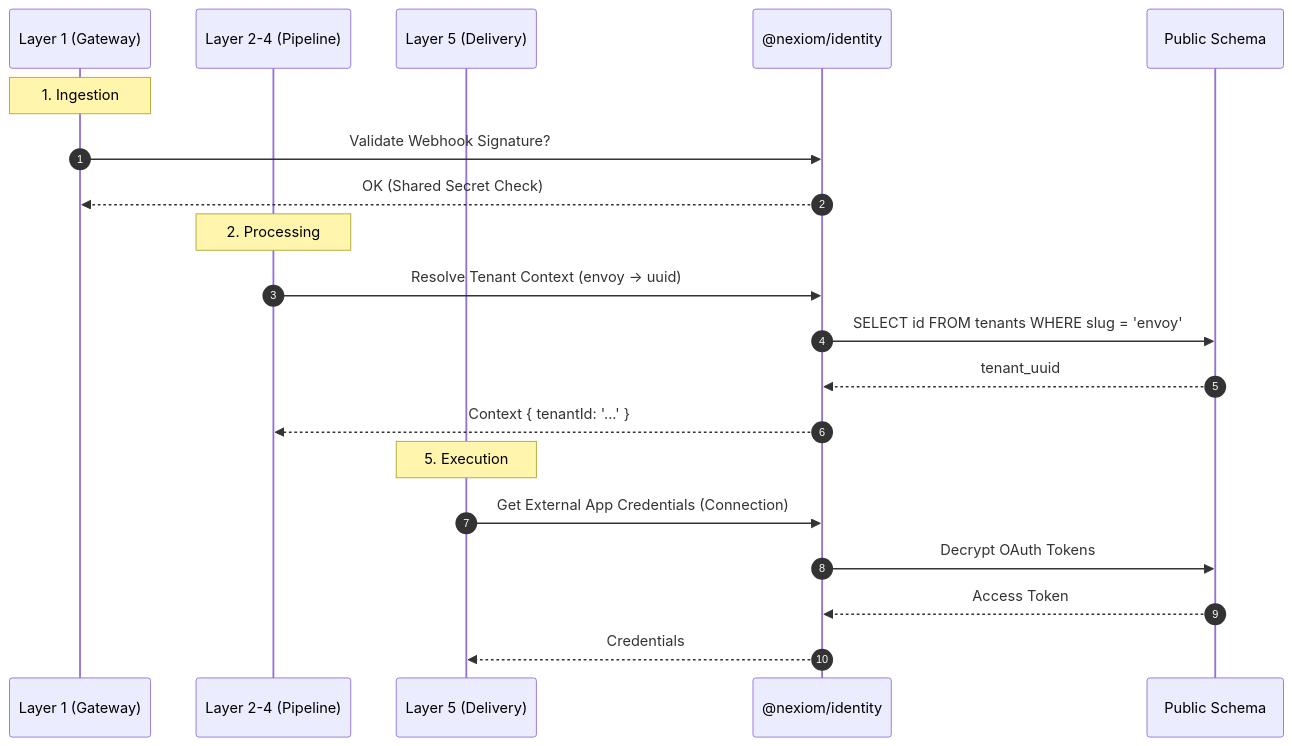
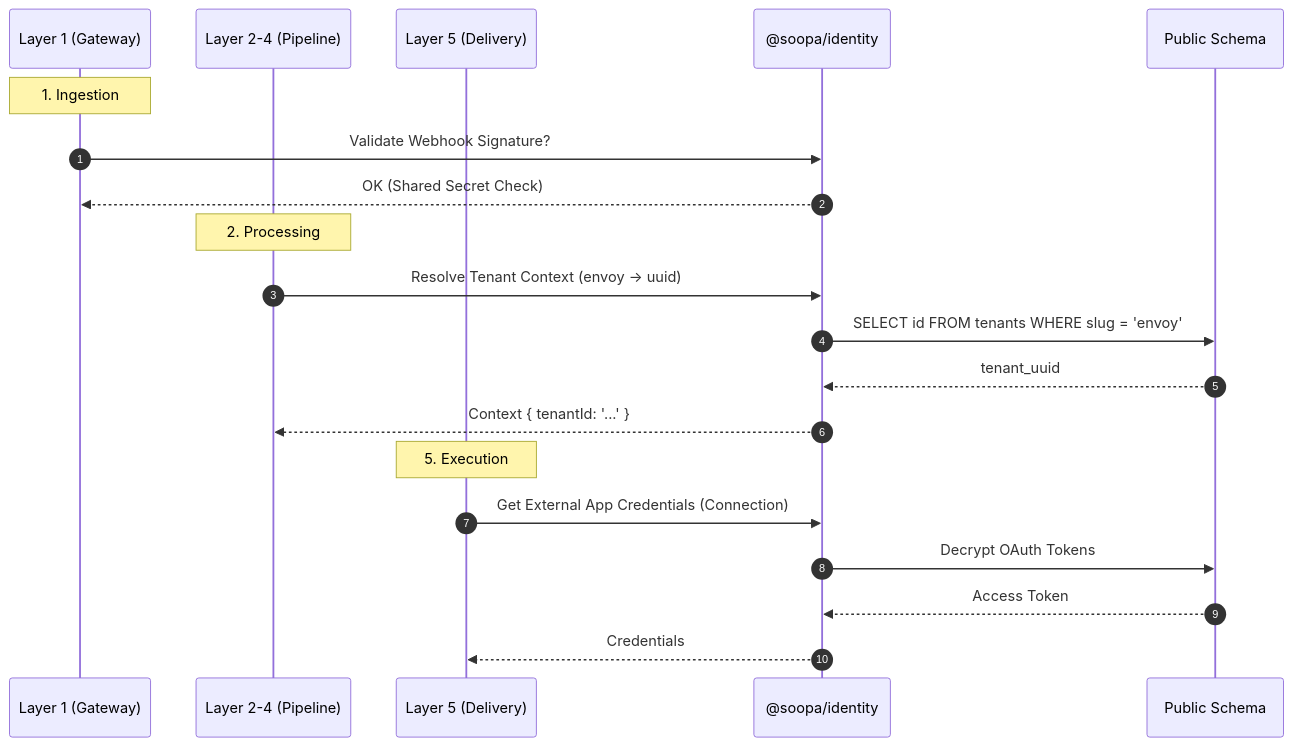
Before and after one commit to pramodnarayana/nexiom: the third of 4 diagrams in docs/draft/identity_module_design_doc.md, drawn with Mermaid. The commit also changed other lines of this file and 308 other files, not shown here.

````diff
--- a/docs/draft/identity_module_design_doc.md
+++ b/docs/draft/identity_module_design_doc.md
@@ -69,25 +69,25 @@
 ```mermaid
 sequenceDiagram
     autonumber
     participant Gateway as Layer 1 (Gateway)
     participant Worker as Layer 2-4 (Pipeline)
     participant Delivery as Layer 5 (Delivery)
-    participant Identity as @nexiom/identity
+    participant Identity as @soopa/identity
     participant DB as Public Schema
 
     Note over Gateway: 1. Ingestion
     Gateway->>Identity: Validate Webhook Signature?
     Identity-->>Gateway: OK (Shared Secret Check)
 
     Note over Worker: 2. Processing
     Worker->>Identity: Resolve Tenant Context (envoy -> uuid)
     Identity->>DB: SELECT id FROM tenants WHERE slug = 'envoy'
     DB-->>Identity: tenant_uuid
     Identity-->>Worker: Context { tenantId: '...' }
 
     Note over Delivery: 5. Execution
     Delivery->>Identity: Get External App Credentials (Connection)
     Identity->>DB: Decrypt OAuth Tokens
     DB-->>Identity: Access Token
     Identity-->>Delivery: Credentials
 ```
````
